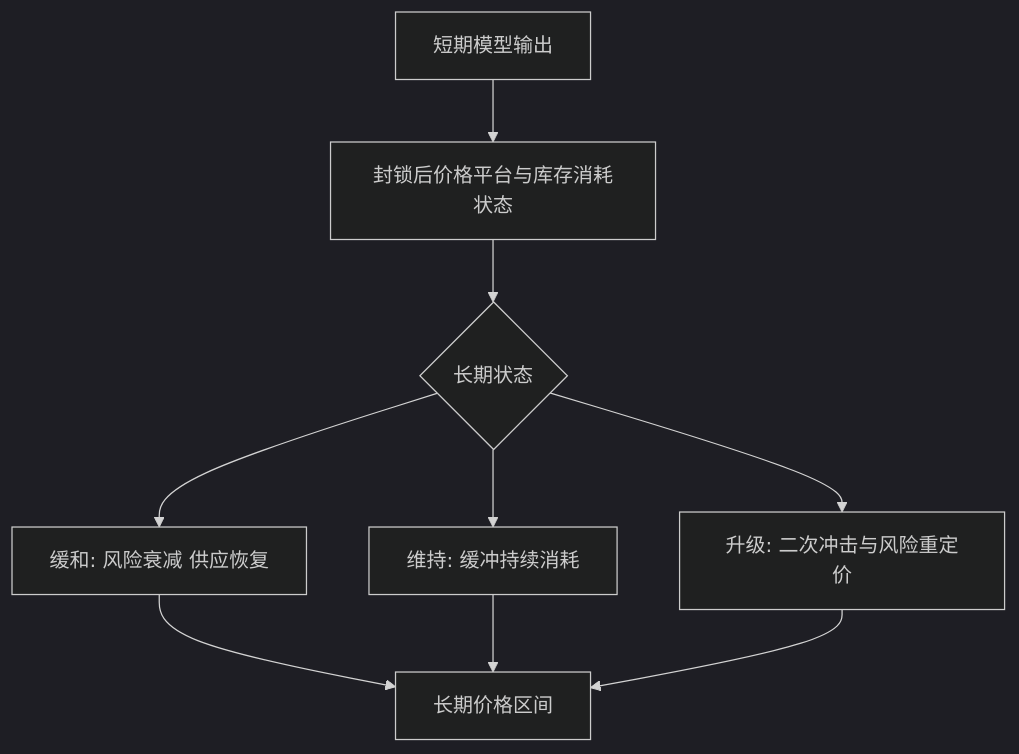
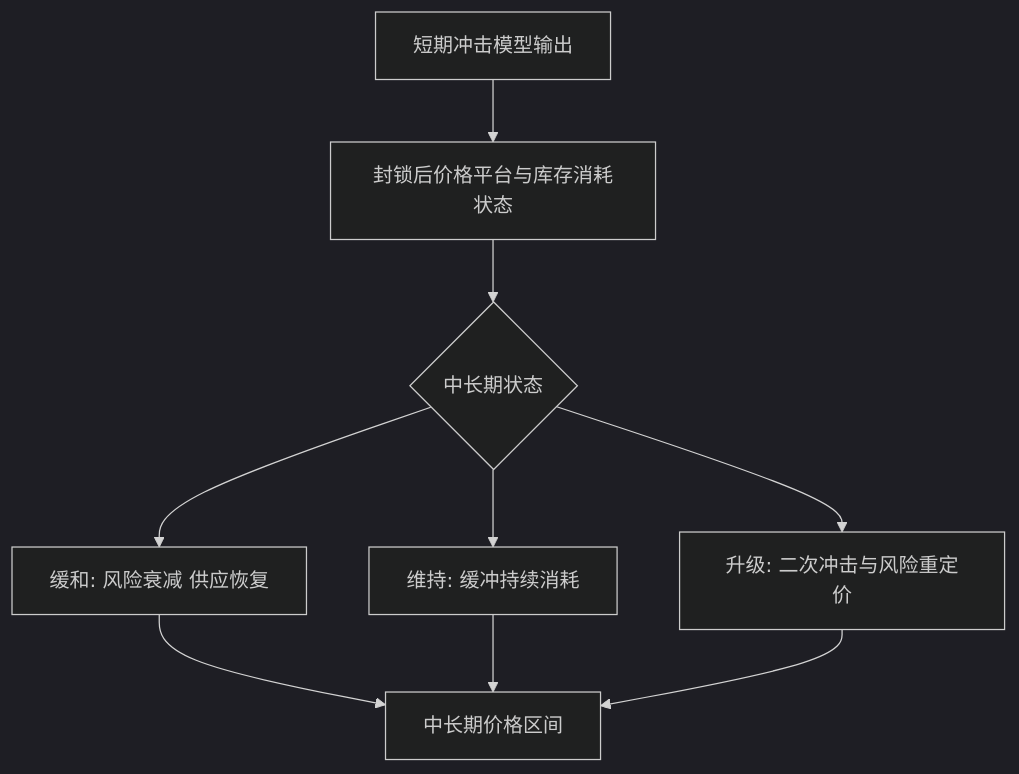
The second of 3 diagrams in docs/06_模型质量提升与技术实现计划.md (Timcai06/-A-), drawn with Mermaid (dark theme) before and after one commit. The commit also changed other lines of this file and 22 other files, not shown here.

````diff
--- a/docs/06_模型质量提升与技术实现计划.md
+++ b/docs/06_模型质量提升与技术实现计划.md
@@ -124,11 +124,11 @@
 ```mermaid
 flowchart TD
-    A[短期模型输出] --> B[封锁后价格平台与库存消耗状态]
-    B --> C{长期状态}
+    A[短期冲击模型输出] --> B[封锁后价格平台与库存消耗状态]
+    B --> C{中长期状态}
     C --> D[缓和: 风险衰减 供应恢复]
     C --> E[维持: 缓冲持续消耗]
     C --> F[升级: 二次冲击与风险重定价]
-    D --> G[长期价格区间]
+    D --> G[中长期价格区间]
     E --> G
     F --> G
 ```
````
